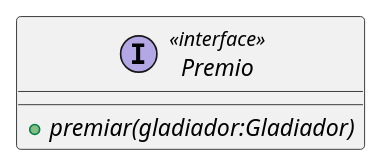
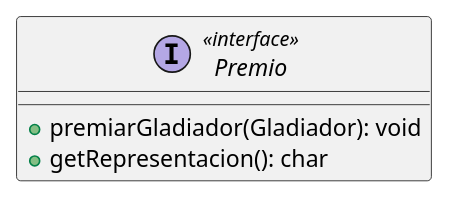
Before and after one commit to mcumskov/Algo3_tp2: the diagram in diagrams/clases/casilla/interfaz_premio.plantuml, drawn with PlantUML. The commit also changed 25 other files, not shown here.

Commit message:
actualizo mas diagramas

```diff
--- a/diagrams/clases/casilla/interfaz_premio.plantuml
+++ b/diagrams/clases/casilla/interfaz_premio.plantuml
@@ -1,5 +1,9 @@
 @startuml
-interface Premio <<interface>> {
-    {abstract} + premiar(gladiador:Gladiador)
+skinparam linetype ortho
+
+interface Premio << interface >> {
+  + premiarGladiador(Gladiador): void
+  + getRepresentacion(): char
 }
+
 @enduml
```
